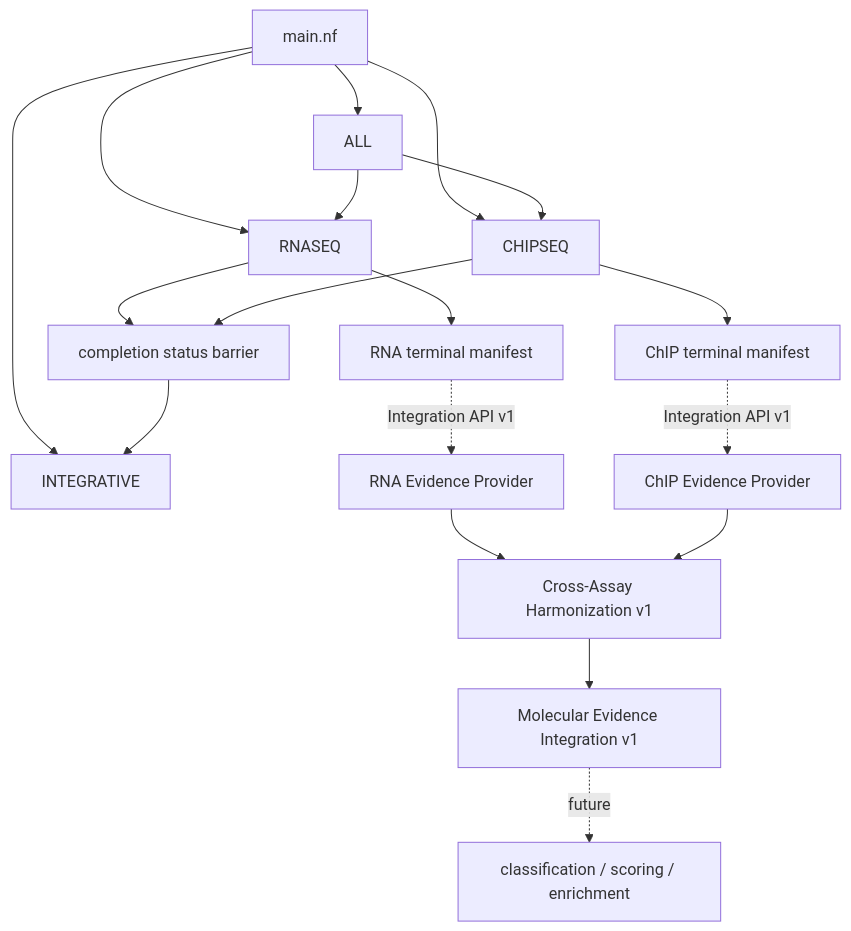
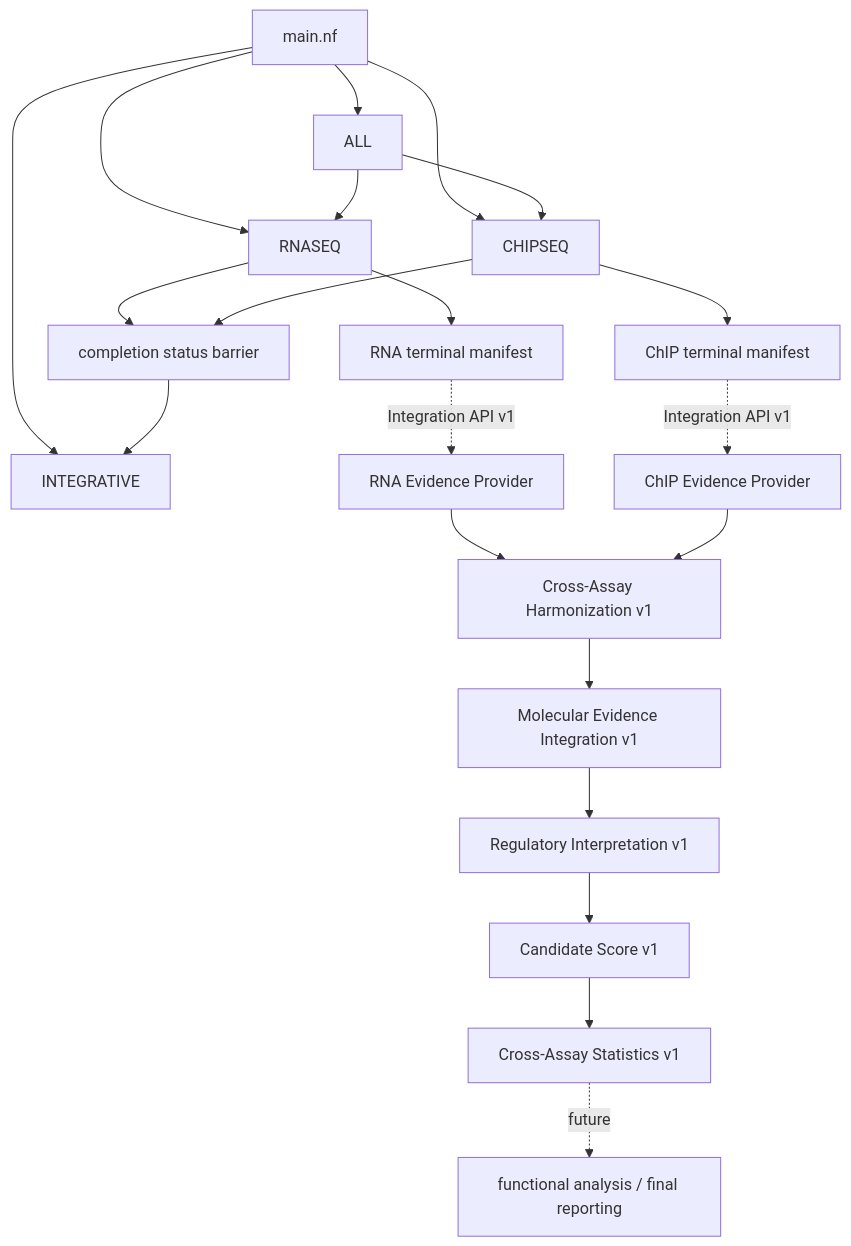
The first of 3 diagrams in docs/architecture.md (GMiguelAlves/HelixForge), drawn with Mermaid before and after one commit. The commit also changed other lines of this file and 3 other files, not shown here.

````diff
--- a/docs/architecture.md
+++ b/docs/architecture.md
@@ -12,20 +12,23 @@
 ```mermaid
 flowchart TB
     MAIN["main.nf"] --> RNA["RNASEQ"]
     MAIN --> CHIP["CHIPSEQ"]
     MAIN --> INT["INTEGRATIVE"]
     MAIN --> ALL["ALL"]
     ALL --> RNA
     ALL --> CHIP
     RNA --> RM["RNA terminal manifest"]
     CHIP --> CM["ChIP terminal manifest"]
     RNA --> GATE["completion status barrier"]
     CHIP --> GATE
     GATE --> INT
     RM -. "Integration API v1" .-> REP["RNA Evidence Provider"]
     CM -. "Integration API v1" .-> CEP["ChIP Evidence Provider"]
     REP --> HARM["Cross-Assay Harmonization v1"]
     CEP --> HARM
     HARM --> MEI["Molecular Evidence Integration v1"]
-    MEI -. "future" .-> FUTURE["classification / scoring / enrichment"]
+    MEI --> RINT["Regulatory Interpretation v1"]
+    RINT --> SCORE["Candidate Score v1"]
+    SCORE --> STATS["Cross-Assay Statistics v1"]
+    STATS -. "future" .-> FUTURE["functional analysis / final reporting"]
 ```
````
